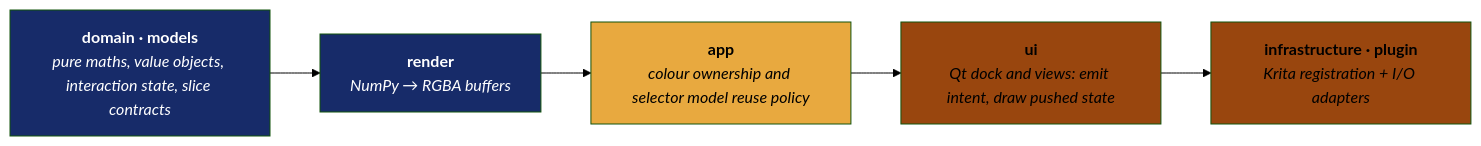
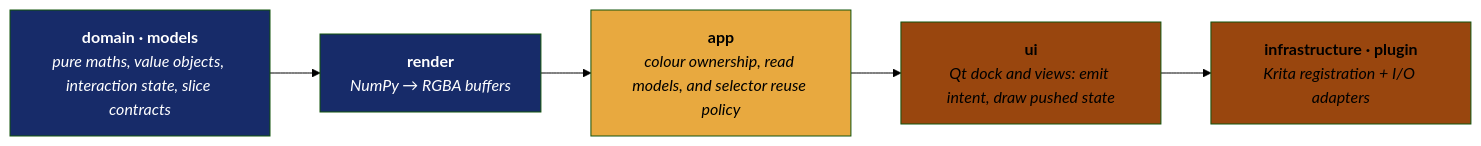
The first of 5 diagrams in docs/architecture.md (gibapiu/oklab_colour_picker_krita), drawn with Mermaid (forest theme) before and after one commit. The commit also changed other lines of this file and 12 other files, not shown here.

````diff
--- a/docs/architecture.md
+++ b/docs/architecture.md
@@ -24,14 +24,14 @@
 ```mermaid
 flowchart LR
     A["<b>domain · models</b><br/><i>pure maths, value objects, interaction state, slice contracts</i>"]
     B["<b>render</b><br/><i>NumPy → RGBA buffers</i>"]
-    C["<b>app</b><br/><i>colour ownership and selector model reuse policy</i>"]
+    C["<b>app</b><br/><i>colour ownership, read models, and selector reuse policy</i>"]
     D["<b>ui</b><br/><i>Qt dock and views: emit intent, draw pushed state</i>"]
     E["<b>infrastructure · plugin</b><br/><i>Krita registration + I/O adapters</i>"]
     A --> B --> C --> D --> E
     style A fill:#172b69, color: #ffffff
     style B fill:#172b69, color: #ffffff
     style C fill:#e8a93f, color: #000000
     style D fill:#99460e, color: #000000
     style E fill:#99460e, color: #000000
 ```
````
